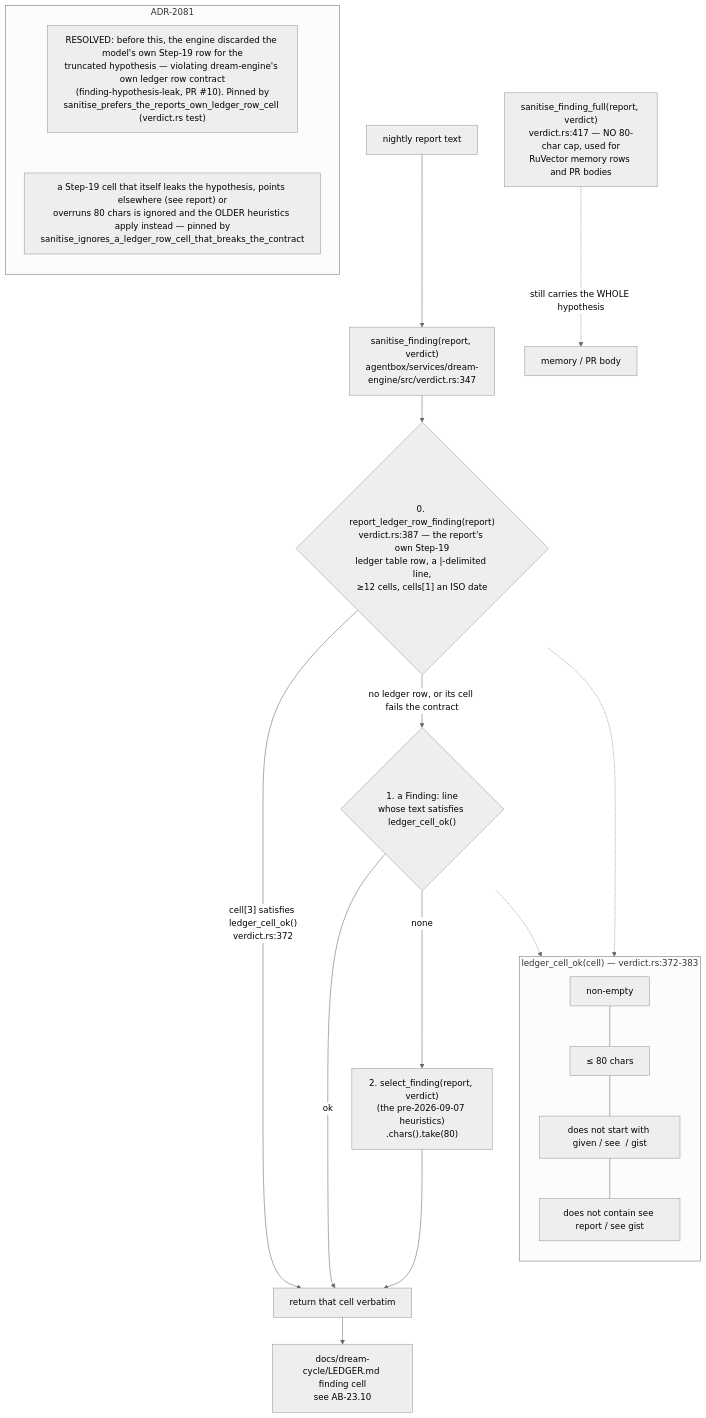
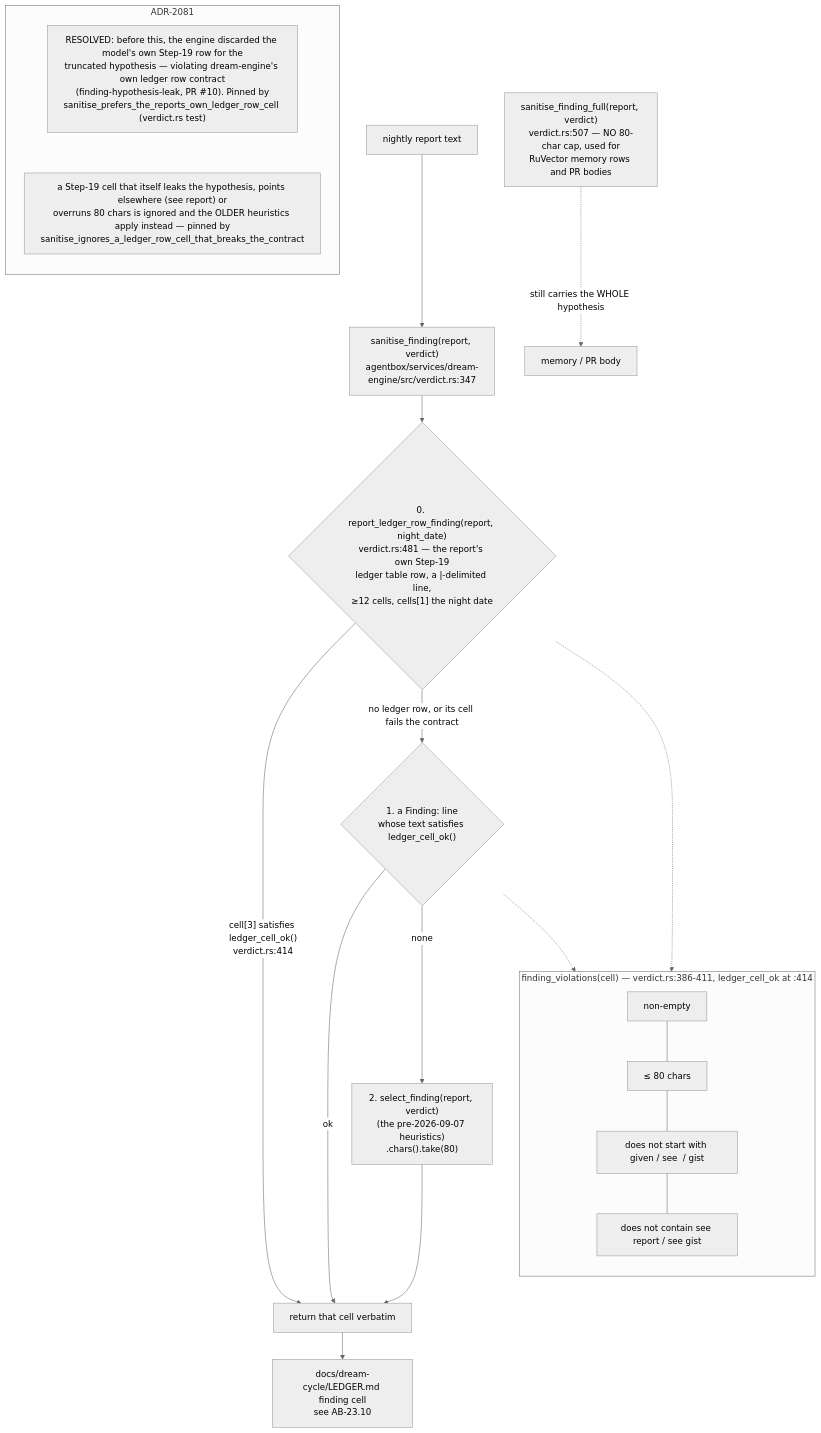
Diagram 14 of 20 in docs/diagrams/agentbox/23-dream-engine.md (DreamLab-AI/VisionFlow), drawn with Mermaid (neutral theme) before and after one commit. The commit also changed other lines of this file and 111 other files, not shown here.

Commit message:
docs(diagrams): align estate maps with current source

````diff
--- a/docs/diagrams/agentbox/23-dream-engine.md
+++ b/docs/diagrams/agentbox/23-dream-engine.md
@@ -766,28 +766,28 @@
 ```mermaid
 flowchart TB
     R["nightly report text"] --> SF["sanitise_finding#40;report, verdict#41;<br/>agentbox/services/dream-engine/src/verdict.rs:347"]
-    SF --> Q0{"0. report_ledger_row_finding#40;report#41;<br/>verdict.rs:387 — the report's own Step-19<br/>ledger table row, a #124;-delimited line,<br/>&ge;12 cells, cells#91;1#93; an ISO date"}
-    Q0 -->|"cell#91;3#93; satisfies ledger_cell_ok#40;#41;<br/>verdict.rs:372"| CELL["return that cell verbatim"]
+    SF --> Q0{"0. report_ledger_row_finding#40;report, night_date#41;<br/>verdict.rs:481 — the report's own Step-19<br/>ledger table row, a #124;-delimited line,<br/>&ge;12 cells, cells#91;1#93; the night date"}
+    Q0 -->|"cell#91;3#93; satisfies ledger_cell_ok#40;#41;<br/>verdict.rs:414"| CELL["return that cell verbatim"]
     Q0 -->|"no ledger row, or its cell fails the contract"| Q1{"1. a Finding: line<br/>whose text satisfies ledger_cell_ok#40;#41;"}
     Q1 -->|"ok"| CELL
     Q1 -->|"none"| Q2["2. select_finding#40;report, verdict#41;<br/>#40;the pre-2026-09-07 heuristics#41;<br/>.chars#40;#41;.take#40;80#41;"]
     Q2 --> CELL
-    subgraph contract["ledger_cell_ok#40;cell#41; — verdict.rs:372-383"]
+    subgraph contract["finding_violations#40;cell#41; — verdict.rs:386-411, ledger_cell_ok at :414"]
         direction TB
         C1["non-empty"]
         C2["&le; 80 chars"]
         C3["does not start with given / see  / gist"]
         C4["does not contain see report / see gist"]
         C1 --- C2 --- C3 --- C4
     end
     Q0 -.-> contract
     Q1 -.-> contract
     CELL --> LEDGER["docs/dream-cycle/LEDGER.md finding cell<br/>see AB-23.10"]
-    FULL["sanitise_finding_full#40;report, verdict#41;<br/>verdict.rs:417 — NO 80-char cap, used for<br/>RuVector memory rows and PR bodies"] -.->|"still carries the WHOLE hypothesis"| MEM["memory / PR body"]
+    FULL["sanitise_finding_full#40;report, verdict#41;<br/>verdict.rs:507 — NO 80-char cap, used for<br/>RuVector memory rows and PR bodies"] -.->|"still carries the WHOLE hypothesis"| MEM["memory / PR body"]
     subgraph notes["ADR-2081"]
         direction TB
         N1["RESOLVED: before this, the engine discarded the model's own Step-19 row for the<br/>truncated hypothesis — violating dream-engine's own ledger row contract<br/>#40;finding-hypothesis-leak, PR #10#41;. Pinned by<br/>sanitise_prefers_the_reports_own_ledger_row_cell #40;verdict.rs test#41;"]
         N2["a Step-19 cell that itself leaks the hypothesis, points elsewhere #40;see report#41; or<br/>overruns 80 chars is ignored and the OLDER heuristics apply instead — pinned by<br/>sanitise_ignores_a_ledger_row_cell_that_breaks_the_contract"]
         N1 ~~~ N2
     end
 ```
````
